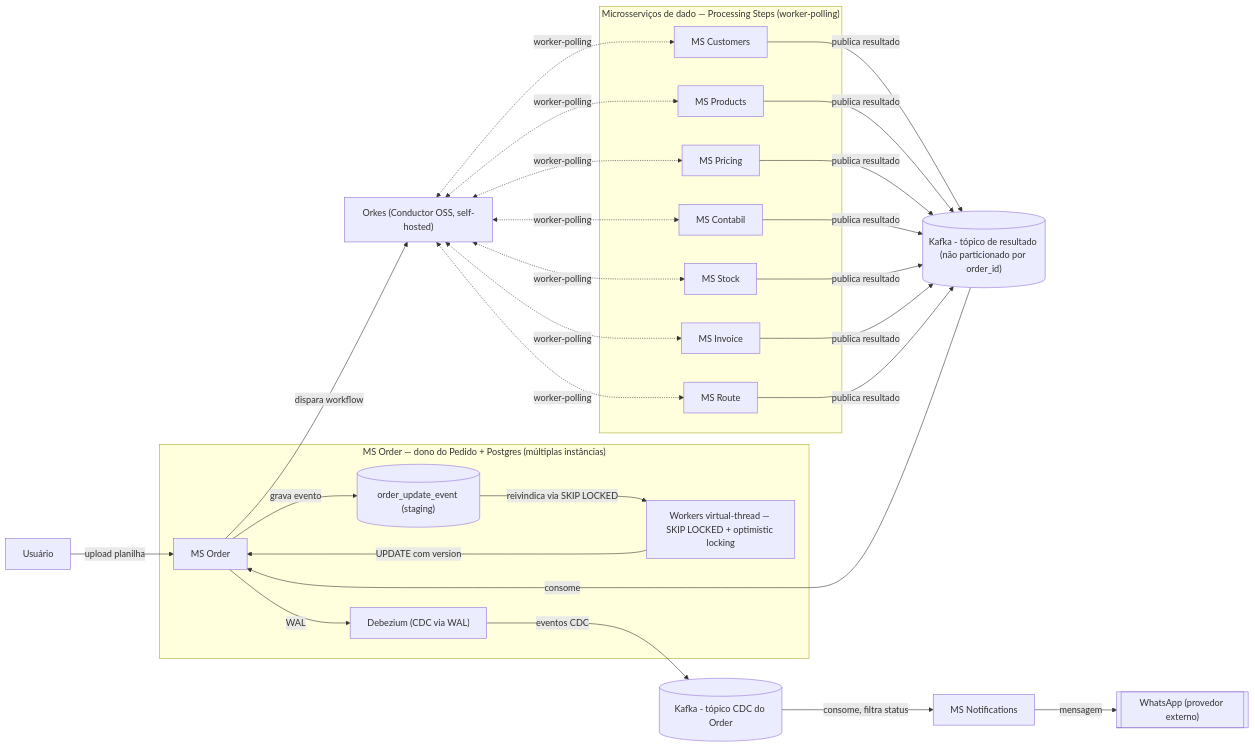
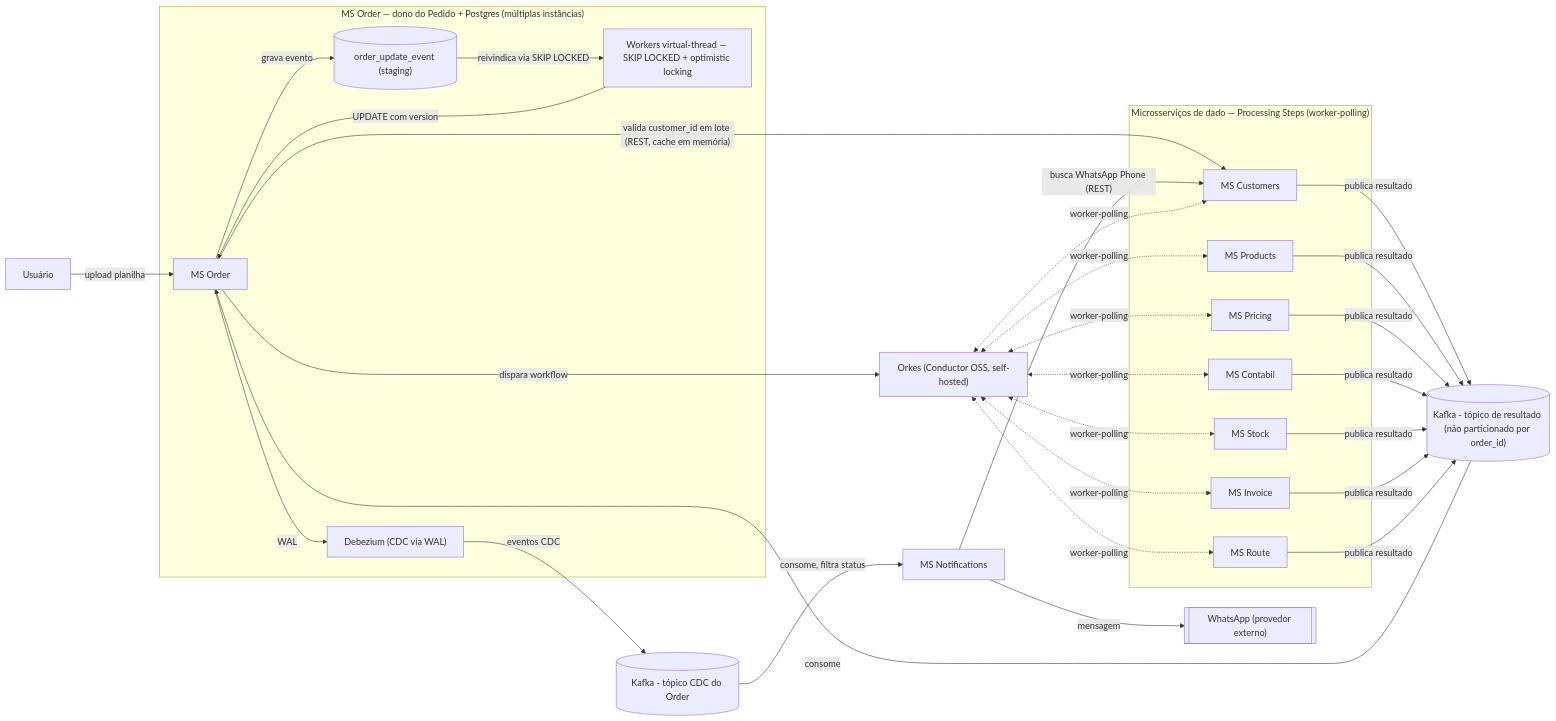
The second of 3 diagrams in app/docs/specs/order-processing-prd.md (george-bonespirito/uncle-bob-best-practices-with-ia), drawn with Mermaid before and after one commit. The commit also changed other lines of this file and 9 other files, not shown here.

````diff
--- a/app/docs/specs/order-processing-prd.md
+++ b/app/docs/specs/order-processing-prd.md
@@ -107,53 +107,55 @@
 ```mermaid
 flowchart LR
     User["Usuário"]
 
     subgraph OrderCtx["MS Order — dono do Pedido + Postgres (múltiplas instâncias)"]
         Order["MS Order"]
         Staging[("order_update_event (staging)")]
         Workers["Workers virtual-thread — SKIP LOCKED + optimistic locking"]
         Debezium["Debezium (CDC via WAL)"]
     end
 
     Orkes["Orkes (Conductor OSS, self-hosted)"]
 
     subgraph DataMS["Microsserviços de dado — Processing Steps (worker-polling)"]
         Customers["MS Customers"]
         Products["MS Products"]
         Pricing["MS Pricing"]
         Stock["MS Stock"]
         Contabil["MS Contabil"]
         Invoice["MS Invoice"]
         Route["MS Route"]
     end
 
     ResultsKafka[("Kafka - tópico de resultado (não particionado por order_id)")]
     CdcKafka[("Kafka - tópico CDC do Order")]
     Notifications["MS Notifications"]
     WhatsApp[["WhatsApp (provedor externo)"]]
 
     User -->|"upload planilha"| Order
+    Order -->|"valida customer_id em lote (REST, cache em memória)"| Customers
+    Notifications -->|"busca WhatsApp Phone (REST)"| Customers
     Order -->|"dispara workflow"| Orkes
     Orkes <-.->|"worker-polling"| Customers
     Orkes <-.->|"worker-polling"| Products
     Orkes <-.->|"worker-polling"| Pricing
     Orkes <-.->|"worker-polling"| Contabil
     Orkes <-.->|"worker-polling"| Stock
     Orkes <-.->|"worker-polling"| Invoice
     Orkes <-.->|"worker-polling"| Route
     Customers -->|"publica resultado"| ResultsKafka
     Products -->|"publica resultado"| ResultsKafka
     Pricing -->|"publica resultado"| ResultsKafka
     Contabil -->|"publica resultado"| ResultsKafka
     Stock -->|"publica resultado"| ResultsKafka
     Invoice -->|"publica resultado"| ResultsKafka
     Route -->|"publica resultado"| ResultsKafka
     ResultsKafka -->|"consome"| Order
     Order -->|"grava evento"| Staging
     Staging -->|"reivindica via SKIP LOCKED"| Workers
     Workers -->|"UPDATE com version"| Order
     Order -->|"WAL"| Debezium
     Debezium -->|"eventos CDC"| CdcKafka
     CdcKafka -->|"consome, filtra status"| Notifications
     Notifications -->|"mensagem"| WhatsApp
 ```
````
